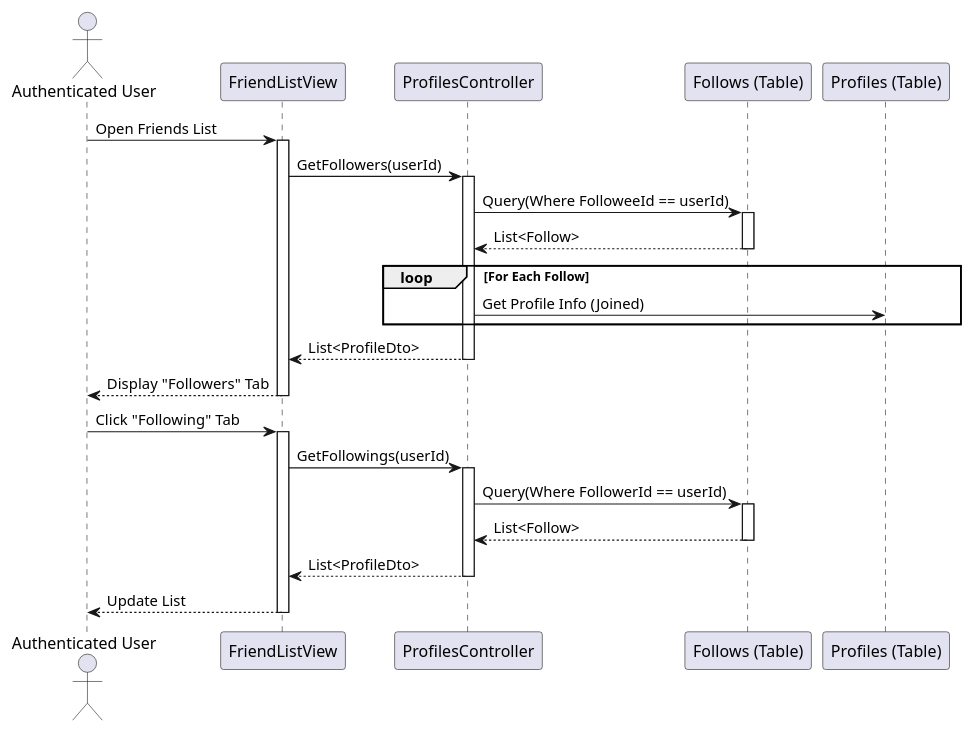
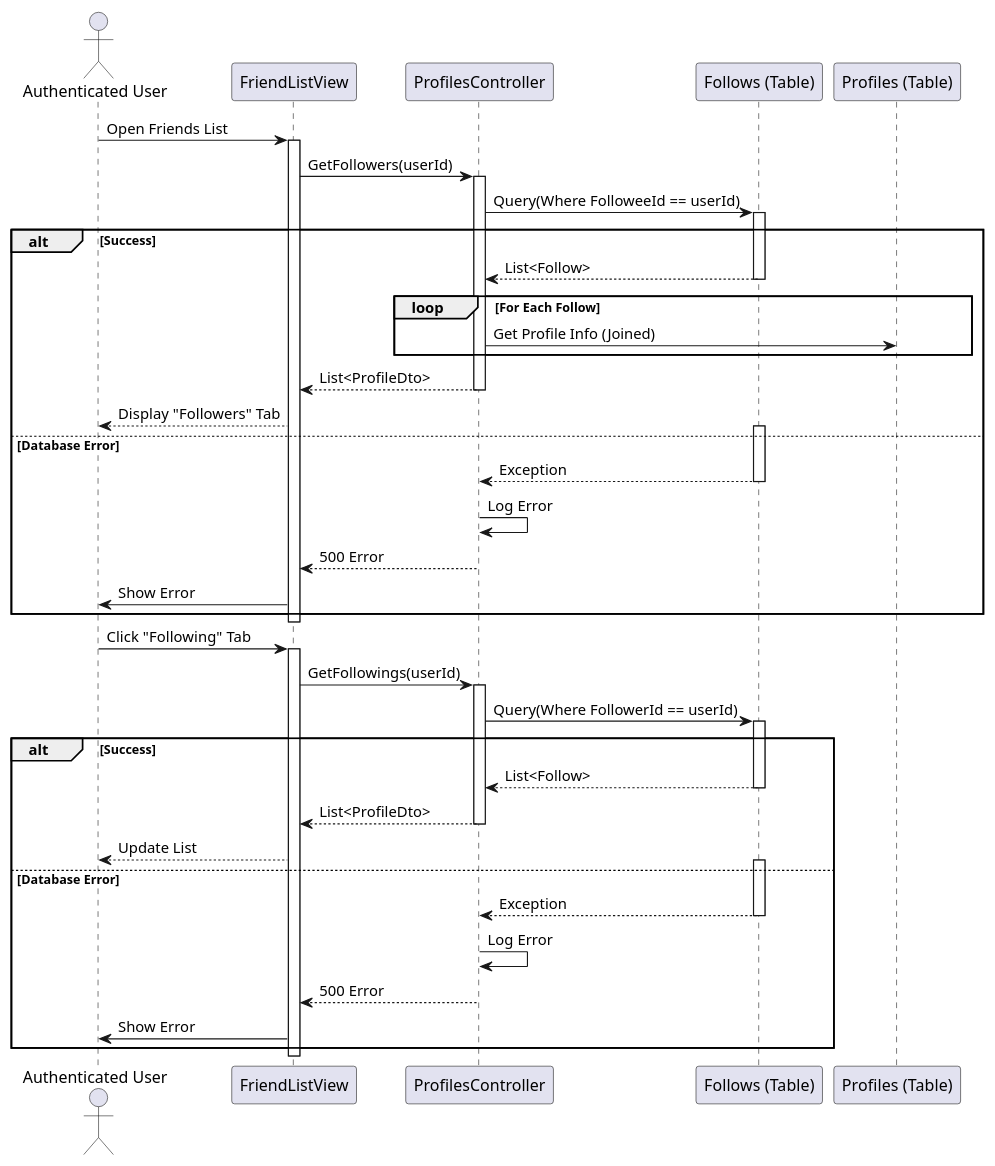
The second of 14 diagrams in UC_2.1.6_Adjust_Friend.md (I-Love-U-3000/Favi-BE), drawn with PlantUML before and after one commit. The commit also changed other lines of this file and 4 other files, not shown here.

First line of the commit message:
fix: Add error handling to profile and social link services

````diff
--- a/UC_2.1.6_Adjust_Friend.md
+++ b/UC_2.1.6_Adjust_Friend.md
@@ -69,38 +77,58 @@
 ```plantuml
 @startuml
 actor "Authenticated User" as User
 participant "FriendListView" as View
 participant "ProfilesController" as Controller
 participant "Follows (Table)" as DB
 participant "Profiles (Table)" as DB_Profile
 
 User -> View: Open Friends List
 activate View
 View -> Controller: GetFollowers(userId)
 activate Controller
 Controller -> DB: Query(Where FolloweeId == userId)
 activate DB
+alt Success
 DB --> Controller: List<Follow>
 deactivate DB
 loop For Each Follow
     Controller -> DB_Profile: Get Profile Info (Joined)
 end
 Controller --> View: List<ProfileDto>
 deactivate Controller
 View --> User: Display "Followers" Tab
+else Database Error
+    activate DB
+    DB --> Controller: Exception
+    deactivate DB
+    Controller -> Controller: Log Error
+    Controller --> View: 500 Error
+    deactivate Controller
+    View -> User: Show Error
+end
 deactivate View
 
 User -> View: Click "Following" Tab
 activate View
 View -> Controller: GetFollowings(userId)
 activate Controller
 Controller -> DB: Query(Where FollowerId == userId)
 activate DB
+alt Success
 DB --> Controller: List<Follow>
 deactivate DB
-Controller --> View: List<ProfileDto>
-deactivate Controller
-View --> User: Update List
+    Controller --> View: List<ProfileDto>
+    deactivate Controller
+    View --> User: Update List
+else Database Error
+    activate DB
+    DB --> Controller: Exception
+    deactivate DB
+    Controller -> Controller: Log Error
+    Controller --> View: 500 Error
+    deactivate Controller
+    View -> User: Show Error
+end
 deactivate View
 @enduml
 ```
````
